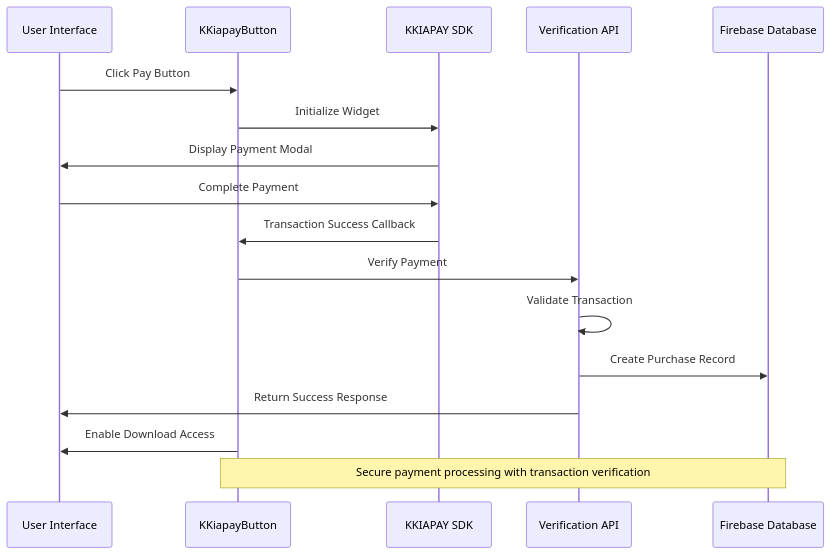
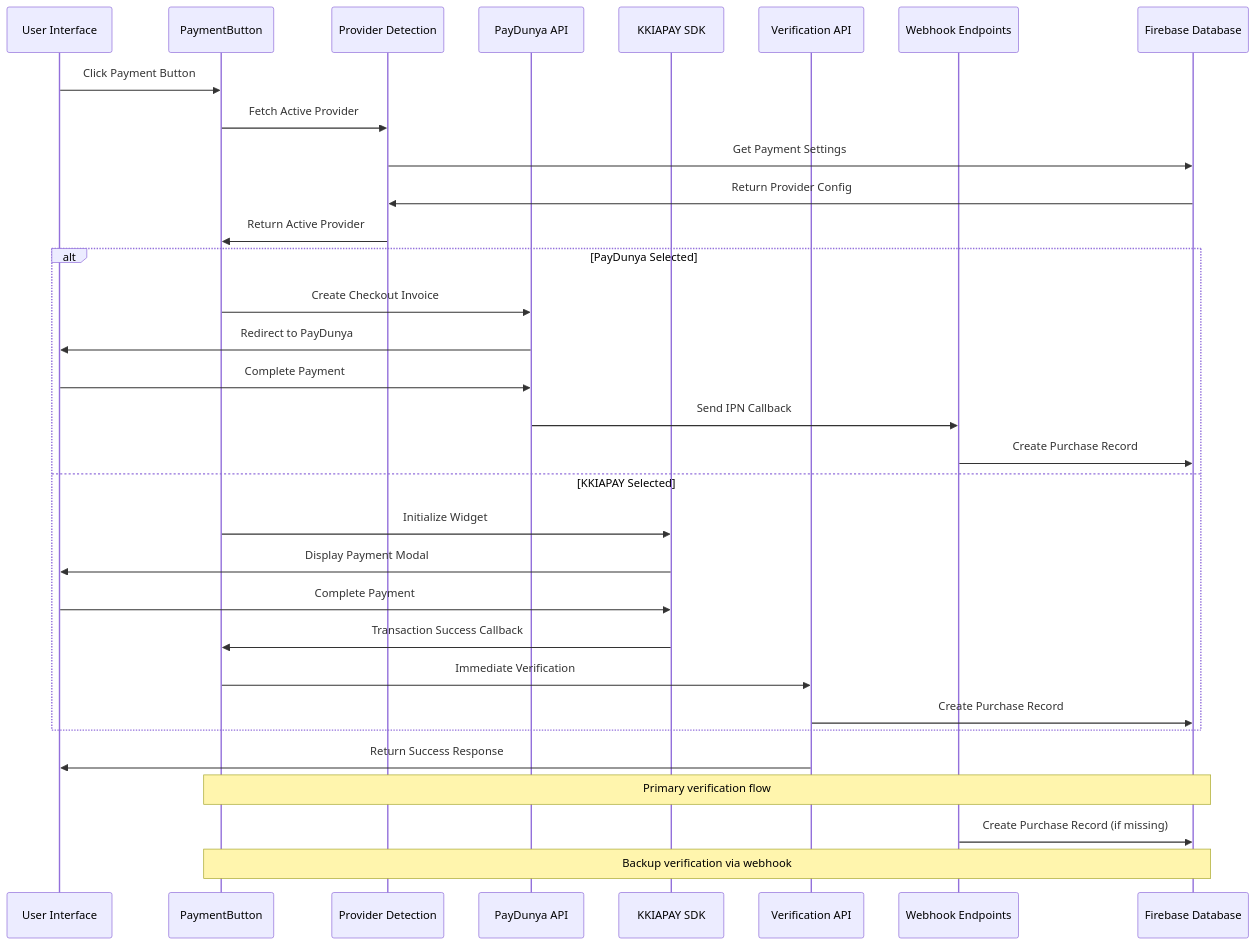
The second of 12 diagrams in .qoder/repowiki/en/content/Payment System/KKIAPAY Integration.md (alikizang/datafrica), drawn with Mermaid before and after one commit. The commit also changed other lines of this file and 21 other files, not shown here.

````diff
--- a/.qoder/repowiki/en/content/Payment System/KKIAPAY Integration.md
+++ b/.qoder/repowiki/en/content/Payment System/KKIAPAY Integration.md
@@ -88,19 +126,34 @@
 ```mermaid
 sequenceDiagram
 participant User as User Interface
-participant Button as KKiapayButton
-participant SDK as KKIAPAY SDK
+participant Button as PaymentButton
+participant Provider as Provider Detection
+participant PayDunya as PayDunya API
+participant KKIAPAY as KKIAPAY SDK
 participant API as Verification API
+participant Webhook as Webhook Endpoints
 participant DB as Firebase Database
-User->>Button : Click Pay Button
-Button->>SDK : Initialize Widget
-SDK->>User : Display Payment Modal
-User->>SDK : Complete Payment
-SDK->>Button : Transaction Success Callback
-Button->>API : Verify Payment
-API->>API : Validate Transaction
+User->>Button : Click Payment Button
+Button->>Provider : Fetch Active Provider
+Provider->>DB : Get Payment Settings
+DB->>Provider : Return Provider Config
+Provider->>Button : Return Active Provider
+alt PayDunya Selected
+Button->>PayDunya : Create Checkout Invoice
+PayDunya->>User : Redirect to PayDunya
+User->>PayDunya : Complete Payment
+PayDunya->>Webhook : Send IPN Callback
+Webhook->>DB : Create Purchase Record
+else KKIAPAY Selected
+Button->>KKIAPAY : Initialize Widget
+KKIAPAY->>User : Display Payment Modal
+User->>KKIAPAY : Complete Payment
+KKIAPAY->>Button : Transaction Success Callback
+Button->>API : Immediate Verification
 API->>DB : Create Purchase Record
+end
 API->>User : Return Success Response
-Button->>User : Enable Download Access
-Note over Button,DB : Secure payment processing with transaction verification
+Note over Button,DB : Primary verification flow
+Webhook->>DB : Create Purchase Record (if missing)
+Note over Button,DB : Backup verification via webhook
 ```
````
